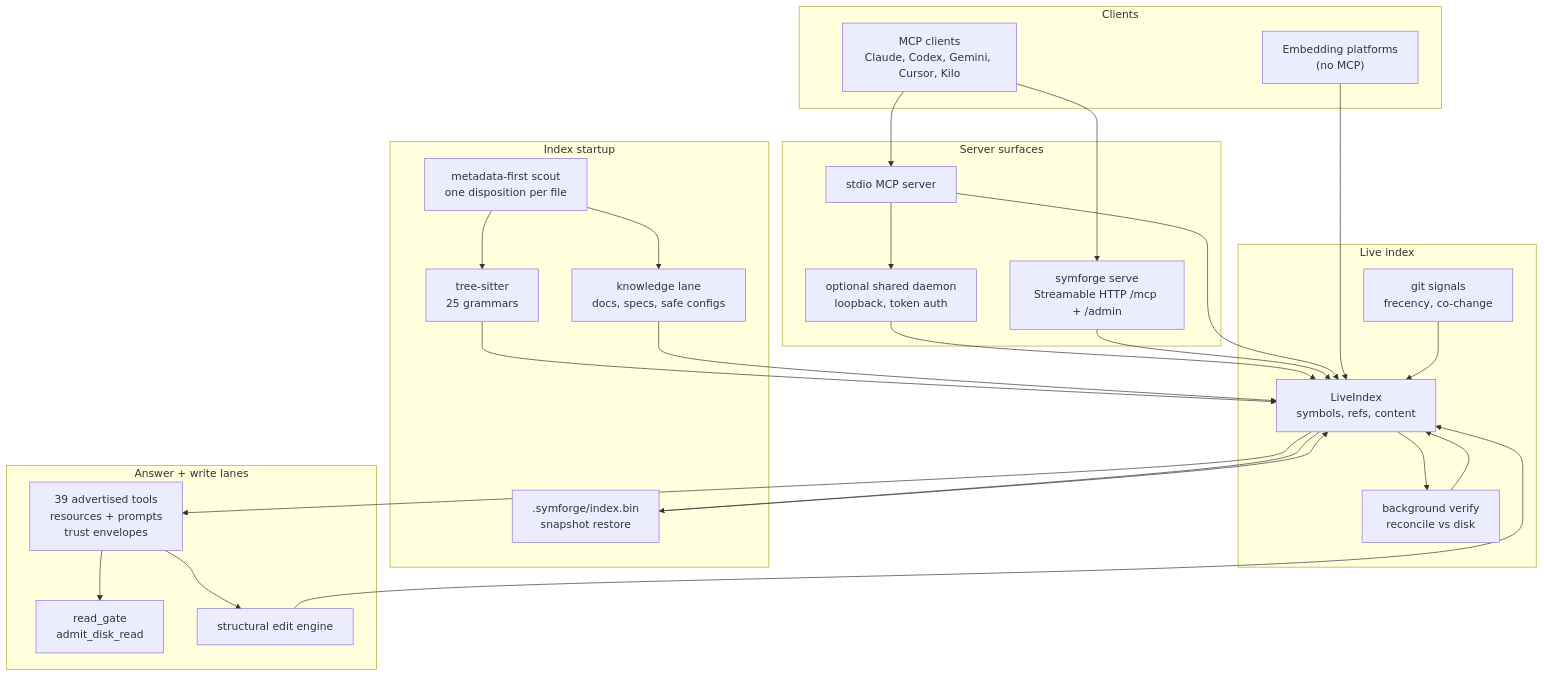
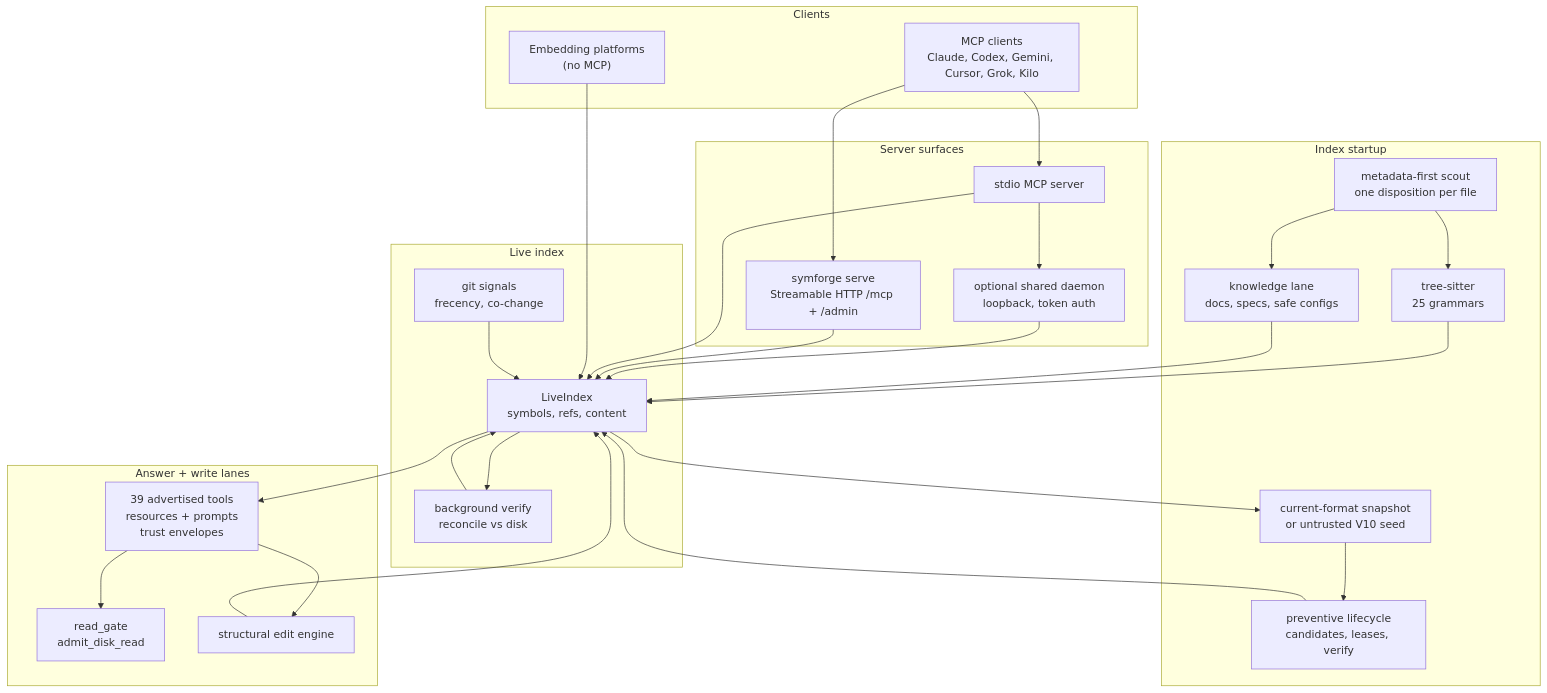
The first of 2 diagrams in README.md (special-place-ai-heaven/symforge), drawn with Mermaid before and after one commit. The commit also changed other lines of this file, not shown here.

Commit message:
docs: document the V11 preventive index lifecycle in the README.

````diff
--- a/README.md
+++ b/README.md
@@ -81,55 +83,56 @@
 ```mermaid
 flowchart TD
     accTitle: SymForge architecture
-    accDescr: MCP clients reach the server over stdio or HTTP. Startup either restores a snapshot or cold-loads through the admission scout into the live index, which backs the tool, read, and edit lanes.
+    accDescr: MCP clients reach the server over stdio or HTTP. Startup restores a current-format snapshot or treats a V10 file as an untrusted seed, then the preventive lifecycle and admission scout feed the live index.
 
     subgraph Clients["Clients"]
-        MCP["MCP clients<br/>Claude, Codex, Gemini, Cursor, Kilo"]
+        MCP["MCP clients<br/>Claude, Codex, Gemini, Cursor, Grok, Kilo"]
         LIB["Embedding platforms<br/>(no MCP)"]
     end
 
     subgraph Surfaces["Server surfaces"]
         STDIO["stdio MCP server"]
         HTTP["symforge serve<br/>Streamable HTTP /mcp + /admin"]
         DAEMON["optional shared daemon<br/>loopback, token auth"]
     end
 
     subgraph Startup["Index startup"]
-        SNAP[".symforge/index.bin<br/>snapshot restore"]
+        SNAP["current-format snapshot<br/>or untrusted V10 seed"]
         SCOUT["metadata-first scout<br/>one disposition per file"]
         PARSE["tree-sitter<br/>25 grammars"]
         KNOW["knowledge lane<br/>docs, specs, safe configs"]
+        LIFE["preventive lifecycle<br/>candidates, leases, verify"]
     end
 
     subgraph Core["Live index"]
         IDX["LiveIndex<br/>symbols, refs, content"]
         SIG["git signals<br/>frecency, co-change"]
         VERIFY["background verify<br/>reconcile vs disk"]
     end
 
     subgraph Lanes["Answer + write lanes"]
         TOOLS["39 advertised tools<br/>resources + prompts<br/>trust envelopes"]
         GATE["read_gate<br/>admit_disk_read"]
         EDITS["structural edit engine"]
     end
 
     MCP --> STDIO
     MCP --> HTTP
     STDIO --> DAEMON
     DAEMON --> IDX
     HTTP --> IDX
     STDIO --> IDX
     LIB --> IDX
 
-    SNAP --> IDX
+    SNAP --> LIFE --> IDX
     SCOUT --> PARSE --> IDX
     SCOUT --> KNOW --> IDX
     SIG --> IDX
     IDX --> VERIFY --> IDX
     IDX --> SNAP
 
     IDX --> TOOLS
     TOOLS --> GATE
     TOOLS --> EDITS
     EDITS --> IDX
 ```
````
